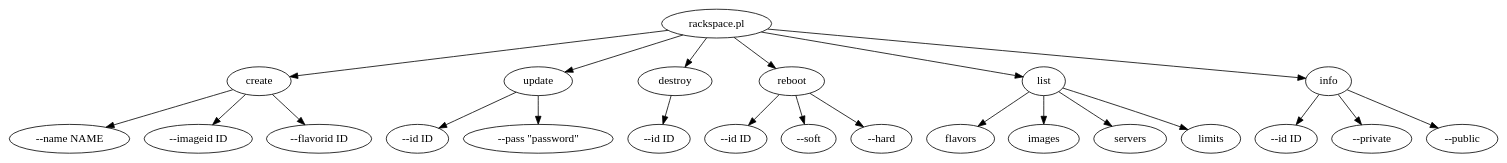
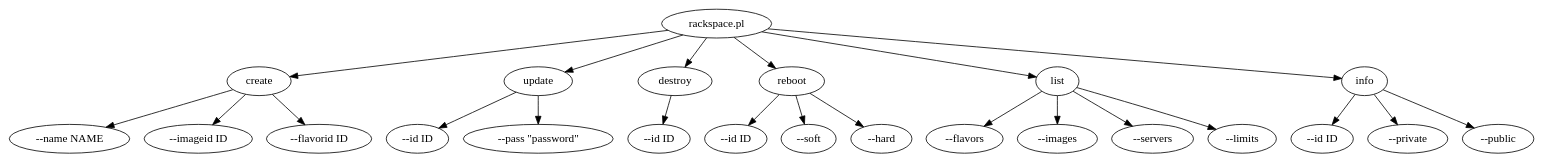
One commit to mfontani/Net-RackSpace-CloudServers changed the diagram in rackspace.dot. Above: the diagram before and after it, drawn with Graphviz.

Commit message:
Actually subcommand params are prefixed by --

```diff
--- a/rackspace.dot
+++ b/rackspace.dot
@@ -1,68 +1,68 @@
 digraph G {
 
   // rackspace COMMANDs:
   "rackspace.pl" -> "cmd_create";
   "rackspace.pl" -> "cmd_update";
   "rackspace.pl" -> "cmd_destroy";
   "rackspace.pl" -> "cmd_reboot";
   "rackspace.pl" -> "cmd_list";
   "rackspace.pl" -> "cmd_info";
 
   // rackspace REBOOT --opts
   "cmd_reboot" -> "cmd_reboot_opt_id";
   "cmd_reboot" -> "cmd_reboot_opt_soft";
   "cmd_reboot" -> "cmd_reboot_opt_hard";
 
   // rackspace DESTROY --opts
   "cmd_destroy" -> "cmd_destroy_opt_id";
 
   // rackspace CREATE --opts
   "cmd_create" -> "cmd_create_opt_name";
   "cmd_create" -> "cmd_create_opt_imageid";
   "cmd_create" -> "cmd_create_opt_flavorid";
 
   // rackspace UPDATE --opts
   "cmd_update" -> "cmd_update_opt_id";
   "cmd_update" -> "cmd_update_opt_adminpass";
 
   // rackspace LIST --opts
   "cmd_list" -> "cmd_list_flavors";
   "cmd_list" -> "cmd_list_images";
   "cmd_list" -> "cmd_list_servers";
   "cmd_list" -> "cmd_list_limits";
 
   // rackspace INFO --opts
   "cmd_info" -> "cmd_info_id";
   "cmd_info" -> "cmd_info_private";
   "cmd_info" -> "cmd_info_public";
 
   cmd_create [label="create"];
   cmd_update [label="update"];
   cmd_destroy [label="destroy"];
   cmd_reboot [label="reboot"];
   cmd_list [label="list"];
   cmd_info [label="info"];
 
   cmd_destroy_opt_id [label="--id ID"];
 
   cmd_reboot_opt_id [label="--id ID"];
   cmd_reboot_opt_soft [label="--soft"];
   cmd_reboot_opt_hard [label="--hard"];
 
   cmd_create_opt_name [label="--name NAME"];
   cmd_create_opt_imageid [label="--imageid ID"];
   cmd_create_opt_flavorid [label="--flavorid ID"];
 
   cmd_update_opt_id [label="--id ID"];
   cmd_update_opt_adminpass [label="--pass \"password\""];
 
-  cmd_list_flavors [label="flavors"];
-  cmd_list_images [label="images"];
-  cmd_list_servers [label="servers"];
-  cmd_list_limits [label="limits"];
+  cmd_list_flavors [label="--flavors"];
+  cmd_list_images [label="--images"];
+  cmd_list_servers [label="--servers"];
+  cmd_list_limits [label="--limits"];
 
   cmd_info_id [label="--id ID"];
   cmd_info_private [label="--private"];
   cmd_info_public [label="--public"];
 
 }
```
